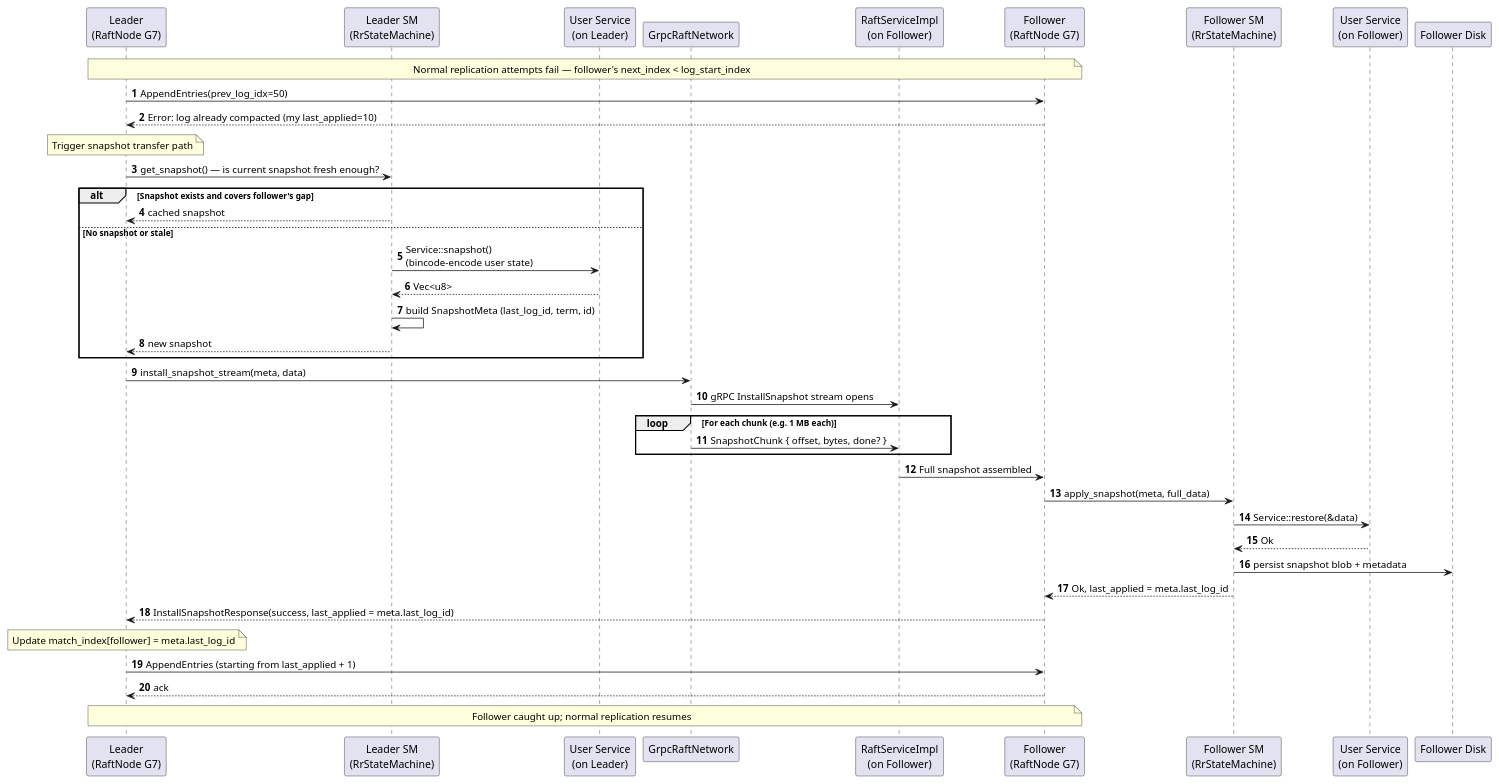
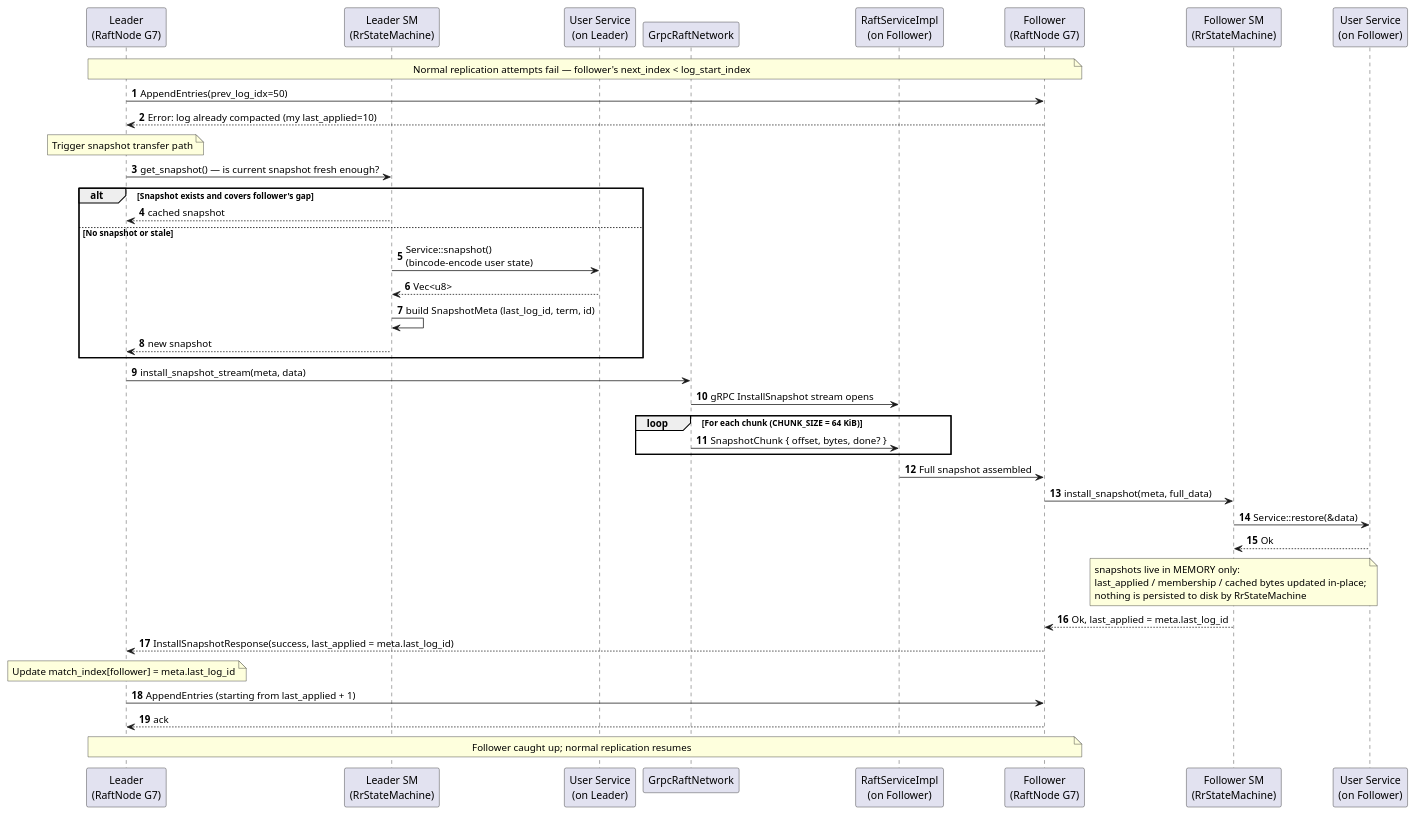
One commit to gardenias/rr changed the second of 2 diagrams in docs/docs/architecture/c4/dynamic-snapshot-transfer.md. Above: the diagram before and after it, drawn with PlantUML. The commit also changed other lines of this file and 18 other files, not shown here.

First line of the commit message:
docs(architecture): correct factual drift against current code

````diff
--- a/docs/docs/architecture/c4/dynamic-snapshot-transfer.md
+++ b/docs/docs/architecture/c4/dynamic-snapshot-transfer.md
@@ -54,51 +54,50 @@
 ```plantuml
 @startuml
 autonumber
 participant L as "Leader\n(RaftNode G7)"
 participant LSM as "Leader SM\n(RrStateMachine)"
 participant LSvc as "User Service\n(on Leader)"
 participant LNet as "GrpcRaftNetwork"
 participant FNet as "RaftServiceImpl\n(on Follower)"
 participant F as "Follower\n(RaftNode G7)"
 participant FSM as "Follower SM\n(RrStateMachine)"
 participant FSvc as "User Service\n(on Follower)"
-participant FDisk as "Follower Disk"
 
 note over L, F : Normal replication attempts fail — follower's next_index < log_start_index
 L -> F : AppendEntries(prev_log_idx=50)
 F --> L : Error: log already compacted (my last_applied=10)
 
 note over L : Trigger snapshot transfer path
 L -> LSM : get_snapshot() — is current snapshot fresh enough?
 alt Snapshot exists and covers follower's gap
   LSM --> L : cached snapshot
 else No snapshot or stale
   LSM -> LSvc : Service::snapshot()\n(bincode-encode user state)
   LSvc --> LSM : Vec<u8>
   LSM -> LSM : build SnapshotMeta (last_log_id, term, id)
   LSM --> L : new snapshot
 end
 
 L -> LNet : install_snapshot_stream(meta, data)
 LNet -> FNet : gRPC InstallSnapshot stream opens
 
-loop For each chunk (e.g. 1 MB each)
+loop For each chunk (CHUNK_SIZE = 64 KiB)
   LNet -> FNet : SnapshotChunk { offset, bytes, done? }
 end
 
 FNet -> F : Full snapshot assembled
-F -> FSM : apply_snapshot(meta, full_data)
+F -> FSM : install_snapshot(meta, full_data)
 FSM -> FSvc : Service::restore(&data)
 FSvc --> FSM : Ok
-FSM -> FDisk : persist snapshot blob + metadata
+note over FSM : snapshots live in MEMORY only:\nlast_applied / membership / cached bytes updated in-place;\nnothing is persisted to disk by RrStateMachine
 FSM --> F : Ok, last_applied = meta.last_log_id
 
 F --> L : InstallSnapshotResponse(success, last_applied = meta.last_log_id)
 
 note over L : Update match_index[follower] = meta.last_log_id
 L -> F : AppendEntries (starting from last_applied + 1)
 F --> L : ack
 
 note over L, F : Follower caught up; normal replication resumes
 @enduml
 ```
````
